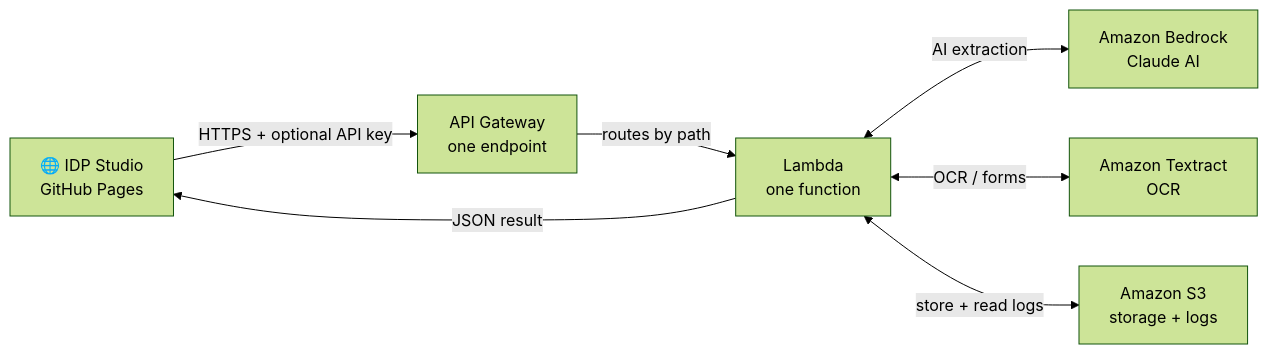
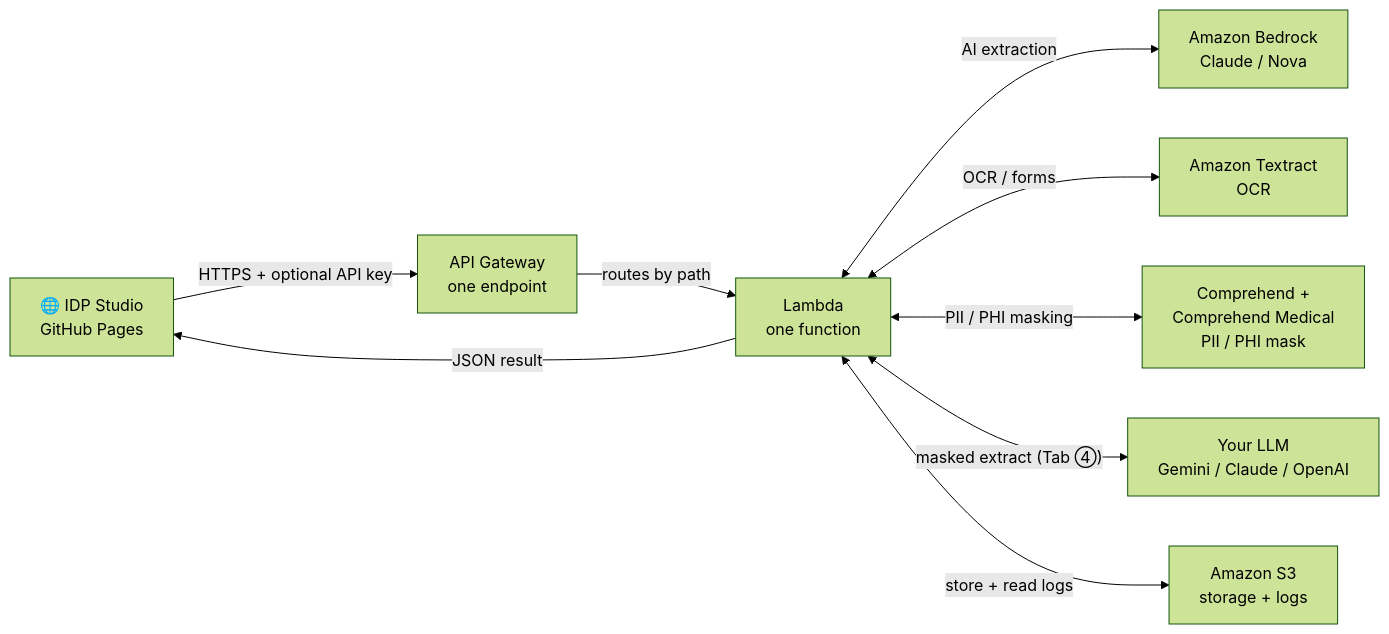
Before and after one commit to baljinder22g/IDP: the first of 5 diagrams in docs/documentation.md, drawn with Mermaid (forest theme). The commit also changed other lines of this file and 4 other files, not shown here.

````diff
--- a/docs/documentation.md
+++ b/docs/documentation.md
@@ -21,16 +23,20 @@
 ```mermaid
 flowchart LR
     Browser["🌐 IDP Studio\nGitHub Pages"]
     GW["API Gateway\none endpoint"]
     Lambda["Lambda\none function"]
-    Bedrock["Amazon Bedrock\nClaude AI"]
+    Bedrock["Amazon Bedrock\nClaude / Nova"]
     Textract["Amazon Textract\nOCR"]
+    Comprehend["Comprehend +\nComprehend Medical\nPII / PHI mask"]
+    ExtLLM["Your LLM\nGemini / Claude / OpenAI"]
     S3["Amazon S3\nstorage + logs"]
 
     Browser -->|"HTTPS + optional API key"| GW
     GW -->|"routes by path"| Lambda
     Lambda <-->|"AI extraction"| Bedrock
     Lambda <-->|"OCR / forms"| Textract
+    Lambda <-->|"PII / PHI masking"| Comprehend
+    Lambda <-->|"masked extract (Tab ④)"| ExtLLM
     Lambda <-->|"store + read logs"| S3
     Lambda -->|"JSON result"| Browser
 ```
````
